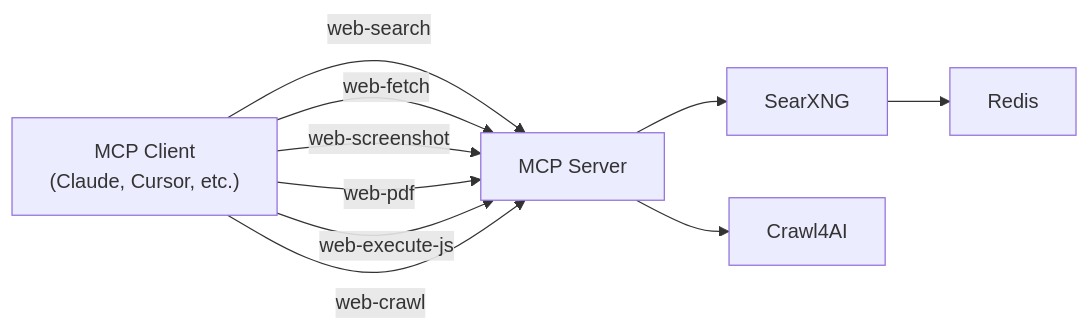
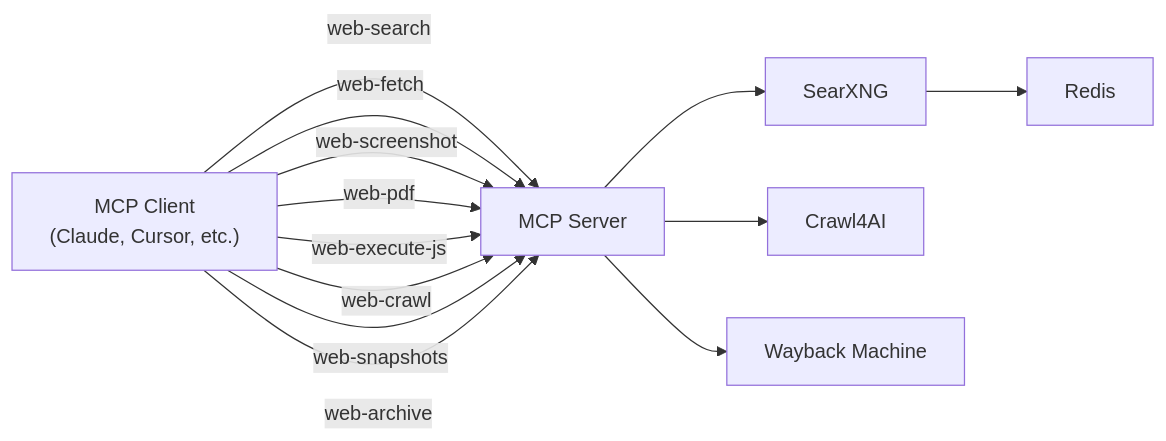
Before and after one commit to arnaudjnn/web-search-mcp: the diagram in README.md, drawn with Mermaid. The commit also changed other lines of this file and 2 other files, not shown here.

First line of the commit message:
Add web-snapshots and web-archive tools via Wayback Machine API

````diff
--- a/README.md
+++ b/README.md
@@ -7,12 +7,15 @@
 ```mermaid
 graph LR
     Client["MCP Client<br/>(Claude, Cursor, etc.)"] -->|web-search| Server["MCP Server"]
     Client -->|web-fetch| Server
     Client -->|web-screenshot| Server
     Client -->|web-pdf| Server
     Client -->|web-execute-js| Server
     Client -->|web-crawl| Server
+    Client -->|web-snapshots| Server
+    Client -->|web-archive| Server
     Server --> SearXNG
     SearXNG --> Redis
     Server --> Crawl4AI
+    Server --> Wayback["Wayback Machine"]
 ```
````
